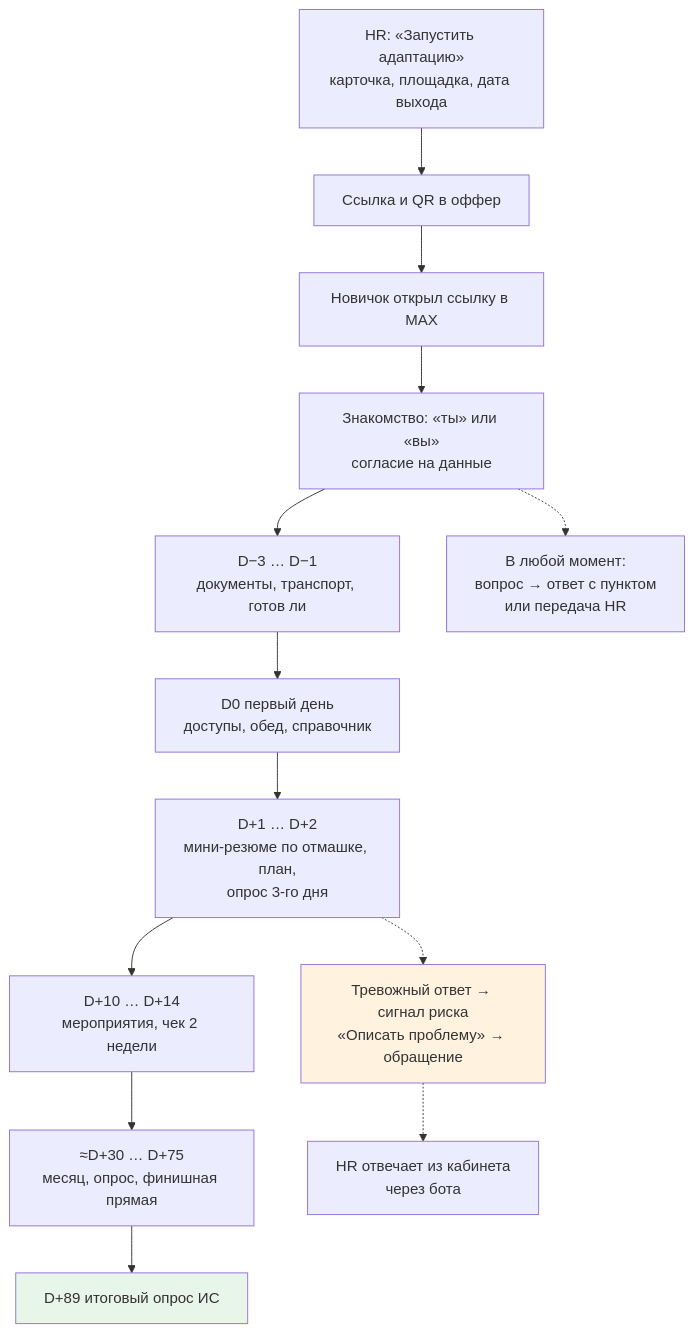
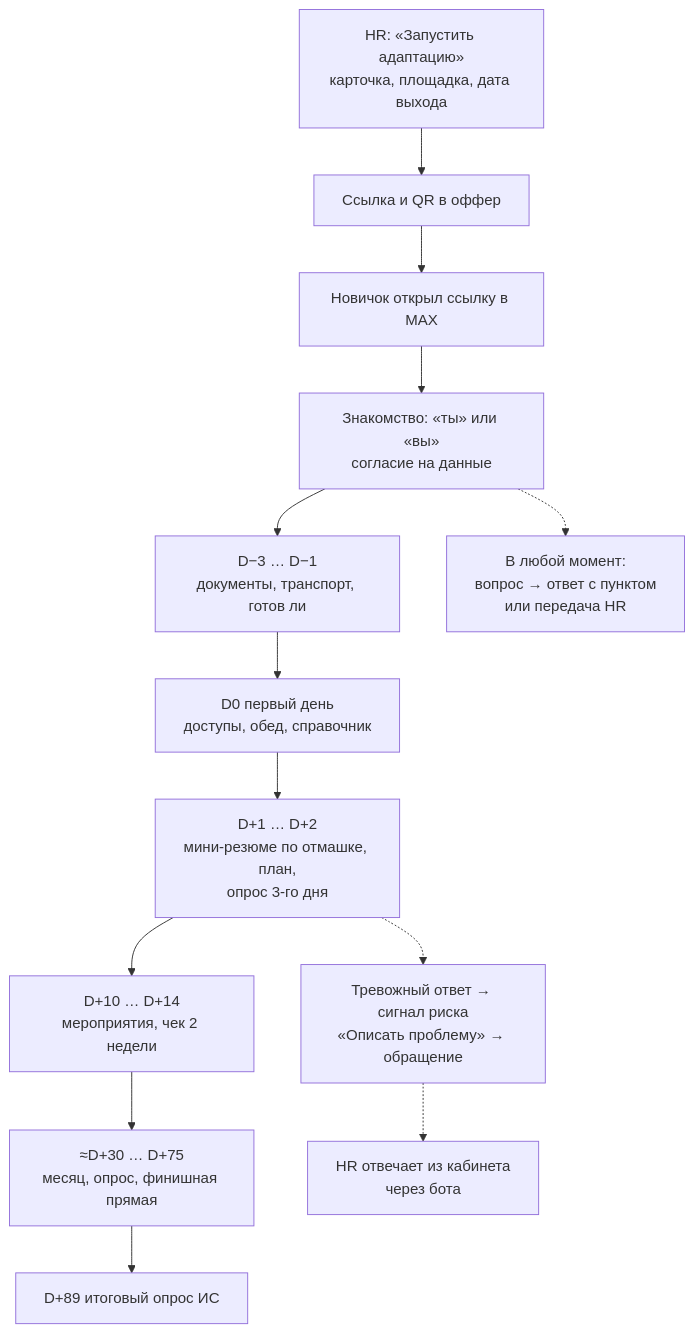
One commit to kunak-agency/polyplastic-bot changed the second of 2 diagrams in agency/system/Human/01-platform-overview.md. Above: the diagram before and after it, drawn with Mermaid. The commit also changed other lines of this file and 6 other files, not shown here.

Commit message:
Документы для человека: схема «Из чего состоит система» без двусторонних стрелок и раскраски — рендерится в старых просмотрщиках Mermaid

````diff
--- a/agency/system/Human/01-platform-overview.md
+++ b/agency/system/Human/01-platform-overview.md
@@ -67,17 +74,15 @@
 ```mermaid
 flowchart TD
     A["HR: «Запустить адаптацию»<br/>карточка, площадка, дата выхода"] --> B["Ссылка и QR в оффер"]
     B --> C["Новичок открыл ссылку в MAX"]
     C --> D["Знакомство: «ты» или «вы»<br/>согласие на данные"]
     D --> E["D−3 … D−1<br/>документы, транспорт, готов ли"]
     E --> F["D0 первый день<br/>доступы, обед, справочник"]
     F --> G["D+1 … D+2<br/>мини-резюме по отмашке, план,<br/>опрос 3-го дня"]
     G --> H["D+10 … D+14<br/>мероприятия, чек 2 недели"]
     H --> I["≈D+30 … D+75<br/>месяц, опрос, финишная прямая"]
     I --> J["D+89 итоговый опрос ИС"]
     D -.-> Q["В любой момент:<br/>вопрос → ответ с пунктом<br/>или передача HR"]
     G -.-> R["Тревожный ответ → сигнал риска<br/>«Описать проблему» → обращение"]
     R -.-> HRC["HR отвечает из кабинета<br/>через бота"]
-    style J fill:#e8f5e9
-    style R fill:#fff3e0
 ```
````
